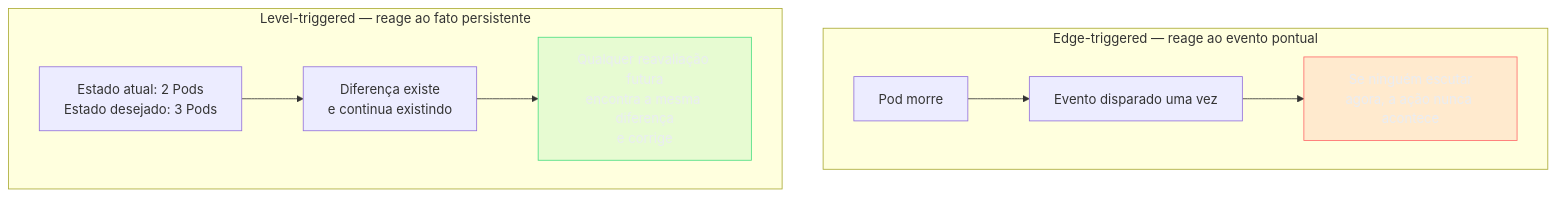
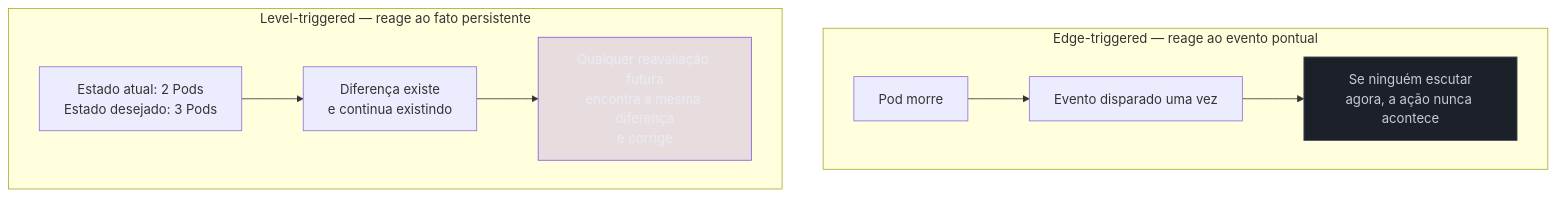
The fourth of 5 diagrams in 03-Dominios/Tecnologia/Infraestrutura/Kubernetes/02 - O loop de reconciliação.md (josenaldo/codex-technomanticus), drawn with Mermaid before and after one commit. The commit also changed other lines of this file and 601 other files, not shown here.

````diff
--- a/03-Dominios/Tecnologia/Infraestrutura/Kubernetes/02 - O loop de reconciliação.md
+++ b/03-Dominios/Tecnologia/Infraestrutura/Kubernetes/02 - O loop de reconciliação.md
@@ -230,17 +230,17 @@
 ```mermaid
 graph TB
-    classDef falha fill:#FF6B6B24,stroke:#FF6B6B,color:#E9ECF2
-    classDef ok fill:#4ADE8021,stroke:#4ADE80,color:#E9ECF2
+    classDef marca fill:#8855DF33,stroke:#8855DF,color:#E9ECF2
+    classDef neutro fill:#1B2029,stroke:#4E5666,color:#C6CCD8
     subgraph "Edge-triggered — reage ao evento pontual"
         E1["Pod morre"] --> E2["Evento disparado uma vez"]
         E2 --> E3["Se ninguém escutar<br/>agora, a ação nunca acontece"]
     end
 
     subgraph "Level-triggered — reage ao fato persistente"
         L1["Estado atual: 2 Pods<br/>Estado desejado: 3 Pods"] --> L2["Diferença existe<br/>e continua existindo"]
         L2 --> L3["Qualquer reavaliação futura<br/>encontra a mesma diferença<br/>e corrige"]
     end
 
-    class E3 falha
-    class L3 ok
+    class E3 neutro
+    class L3 marca
 ```
````
